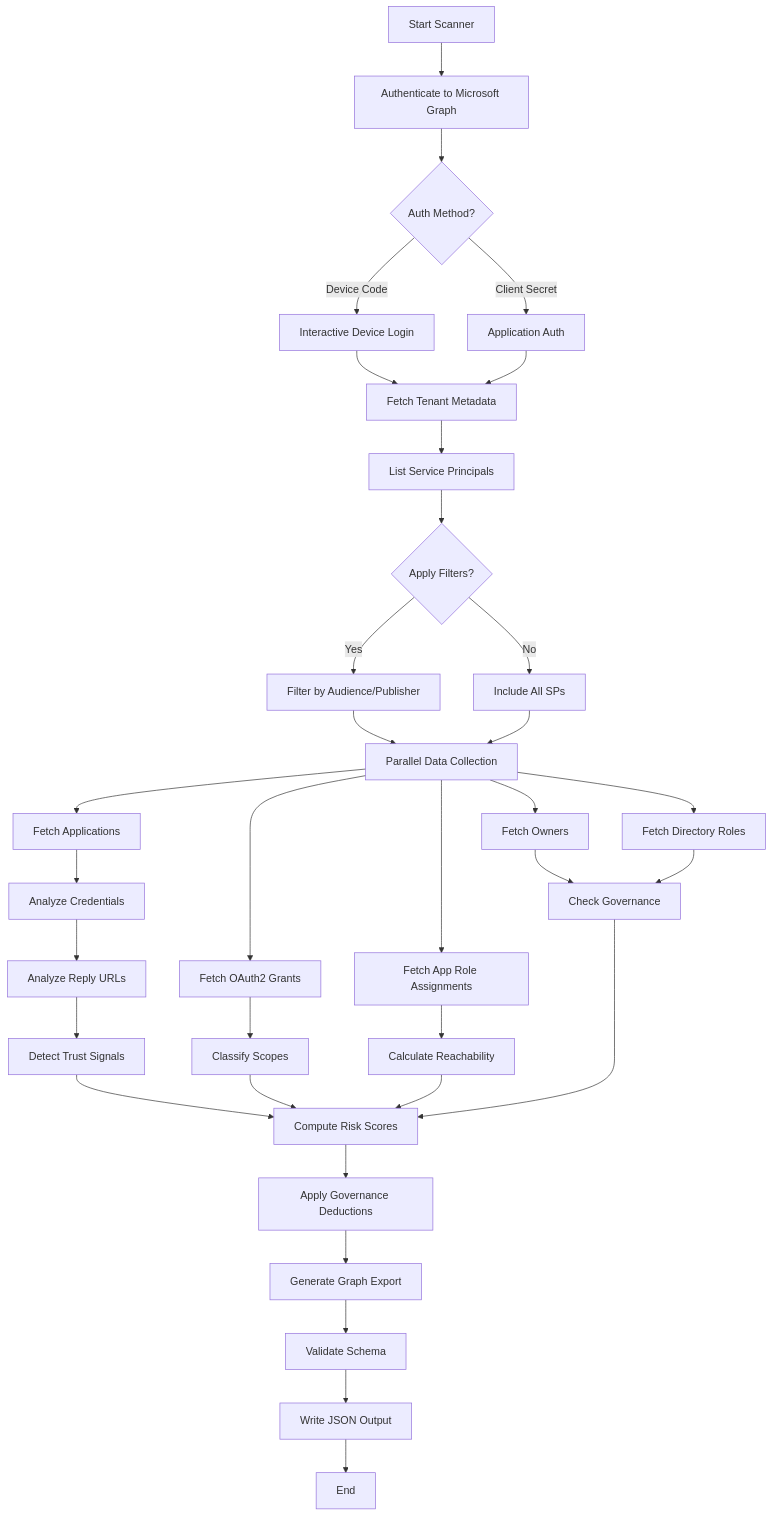
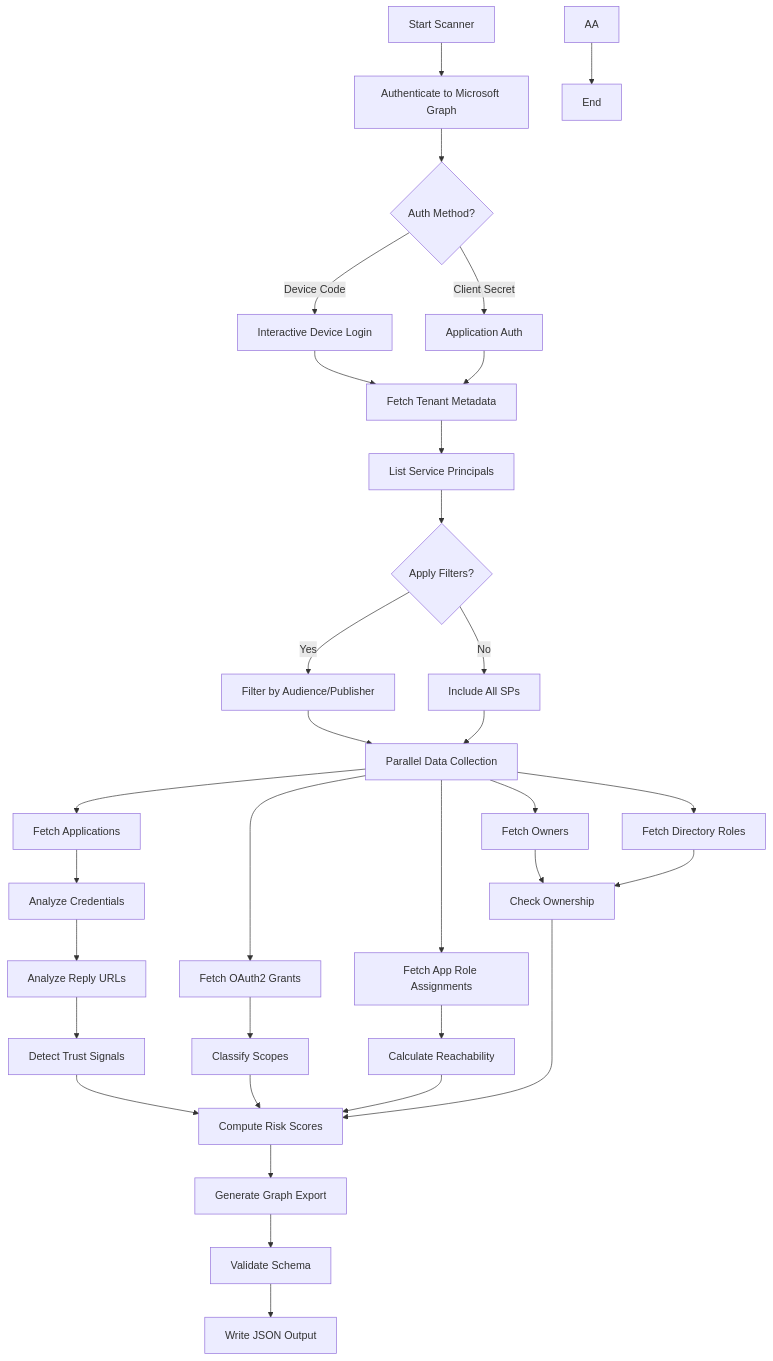
Before and after one commit to OID-See/OID-See: the first of 6 diagrams in docs/scanner.md, drawn with Mermaid. The commit also changed other lines of this file and 4 other files, not shown here.

````diff
--- a/docs/scanner.md
+++ b/docs/scanner.md
@@ -9,36 +9,35 @@
 ```mermaid
 flowchart TD
     A[Start Scanner] --> B[Authenticate to Microsoft Graph]
     B --> C{Auth Method?}
     C -->|Device Code| D[Interactive Device Login]
     C -->|Client Secret| E[Application Auth]
     D --> F[Fetch Tenant Metadata]
     E --> F
     F --> G[List Service Principals]
     G --> H{Apply Filters?}
     H -->|Yes| I[Filter by Audience/Publisher]
     H -->|No| J[Include All SPs]
     I --> K[Parallel Data Collection]
     J --> K
     K --> L[Fetch Applications]
     K --> M[Fetch OAuth2 Grants]
     K --> N[Fetch App Role Assignments]
     K --> O[Fetch Owners]
     K --> P[Fetch Directory Roles]
     L --> Q[Analyze Credentials]
     M --> R[Classify Scopes]
     N --> S[Calculate Reachability]
-    O --> T[Check Governance]
+    O --> T[Check Ownership]
     P --> T
     Q --> U[Analyze Reply URLs]
     U --> V[Detect Trust Signals]
     V --> W[Compute Risk Scores]
     R --> W
     S --> W
     T --> W
-    W --> X[Apply Governance Deductions]
-    X --> Y[Generate Graph Export]
-    Y --> Z[Validate Schema]
-    Z --> AA[Write JSON Output]
+    W --> X[Generate Graph Export]
+    X --> Y[Validate Schema]
+    Y --> Z[Write JSON Output]
     AA --> AB[End]
 ```
````
